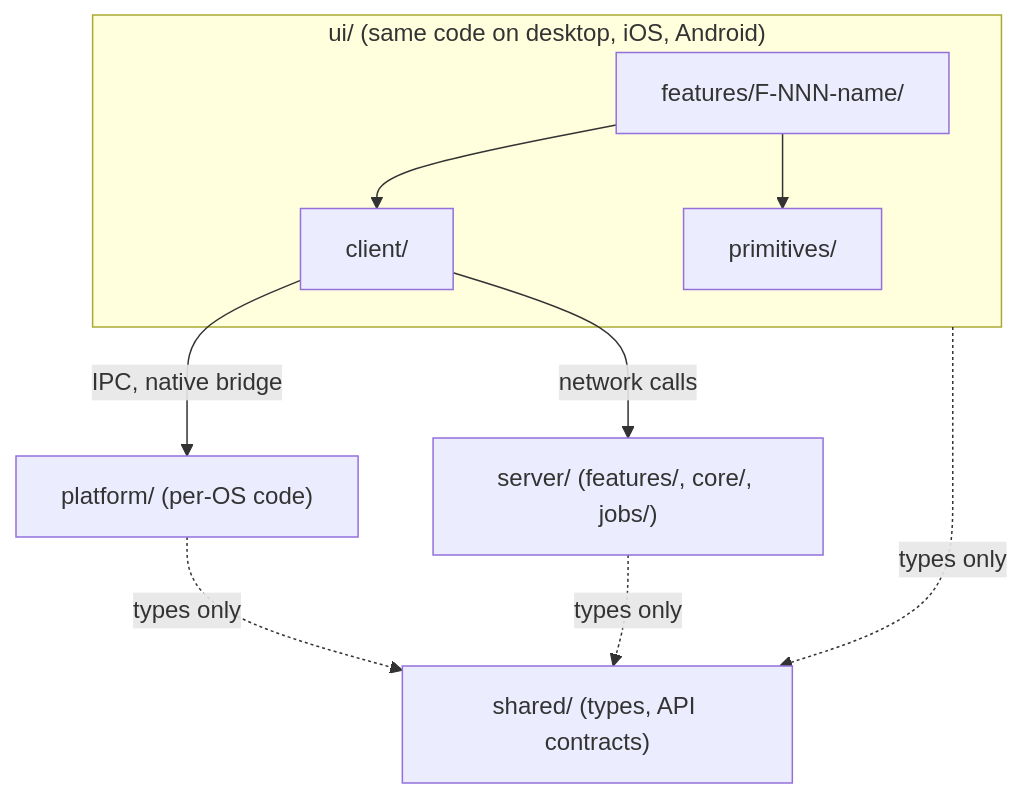
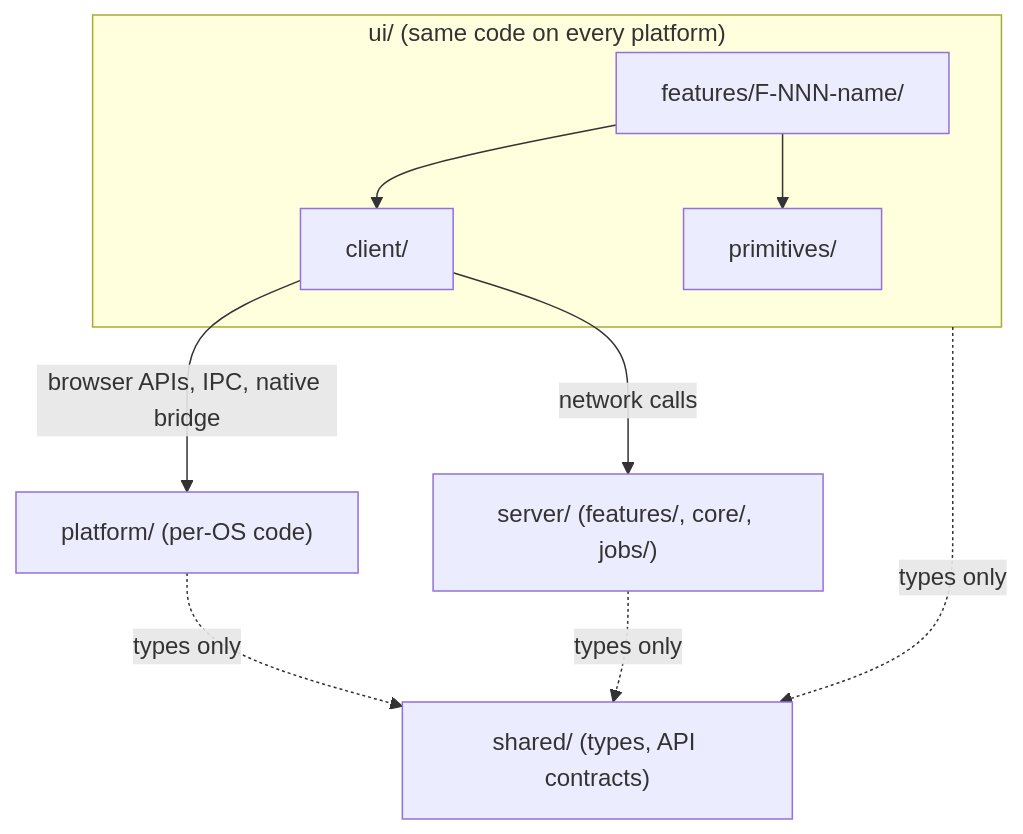
Before and after one commit to JeanPhilippeThai/fake_scrolling: the diagram in workflow_docs/method/code-structure.md, drawn with Mermaid. The commit also changed other lines of this file and 17 other files, not shown here.

````diff
--- a/workflow_docs/method/code-structure.md
+++ b/workflow_docs/method/code-structure.md
@@ -11,12 +11,12 @@
 ```mermaid
 flowchart TB
-  subgraph UI["ui/ (same code on desktop, iOS, Android)"]
+  subgraph UI["ui/ (same code on every platform)"]
     FEAT["features/F-NNN-name/"] --> CLIENT["client/"]
     FEAT --> PRIM["primitives/"]
   end
-  CLIENT -->|IPC, native bridge| PLAT["platform/ (per-OS code)"]
+  CLIENT -->|browser APIs, IPC, native bridge| PLAT["platform/ (per-OS code)"]
   CLIENT -->|network calls| SRV["server/ (features/, core/, jobs/)"]
   UI -. types only .-> SHARED["shared/ (types, API contracts)"]
   PLAT -. types only .-> SHARED
   SRV -. types only .-> SHARED
 ```
````
